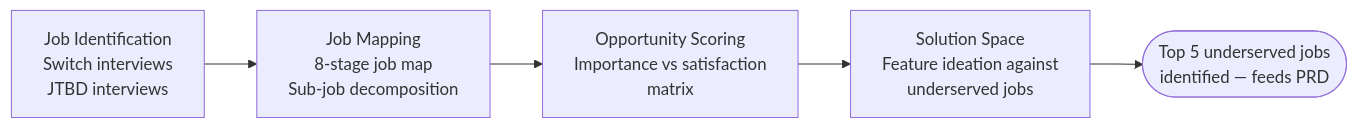
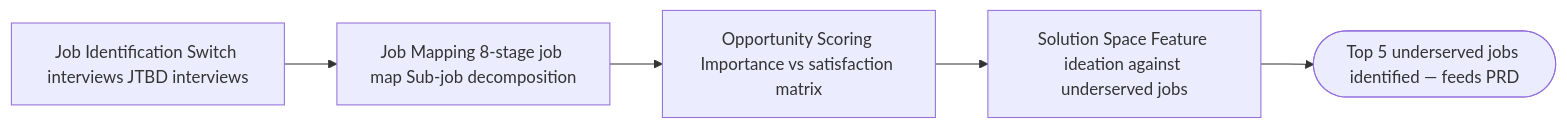
Before and after one commit to ivanyeors/product-agentic-templates: the sixth of 7 diagrams in .cursor/skills/01-product-discovery/pdlc-frameworks.md, drawn with Mermaid. The commit also changed other lines of this file and 39 other files, not shown here.

````diff
--- a/.cursor/skills/01-product-discovery/pdlc-frameworks.md
+++ b/.cursor/skills/01-product-discovery/pdlc-frameworks.md
@@ -155,7 +155,7 @@
 ```mermaid
 flowchart LR
-    identify["Job Identification\nSwitch interviews\nJTBD interviews"] --> mapStages["Job Mapping\n8-stage job map\nSub-job decomposition"]
-    mapStages --> score["Opportunity Scoring\nImportance vs satisfaction\nmatrix"]
-    score --> solution["Solution Space\nFeature ideation against\nunderserved jobs"]
-    solution --> done([Top 5 underserved jobs\nidentified — feeds PRD])
+    identify["Job Identification Switch interviews JTBD interviews"] --> mapStages["Job Mapping 8-stage job map Sub-job decomposition"]
+    mapStages --> score["Opportunity Scoring Importance vs satisfaction matrix"]
+    score --> solution["Solution Space Feature ideation against underserved jobs"]
+    solution --> done([Top 5 underserved jobs identified — feeds PRD])
 ```
````
